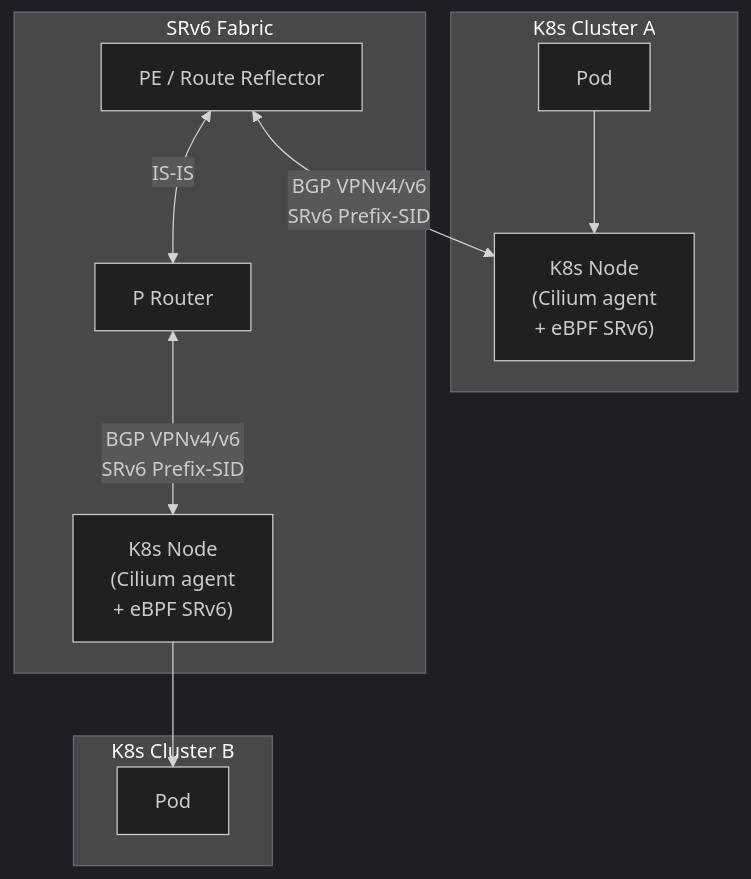
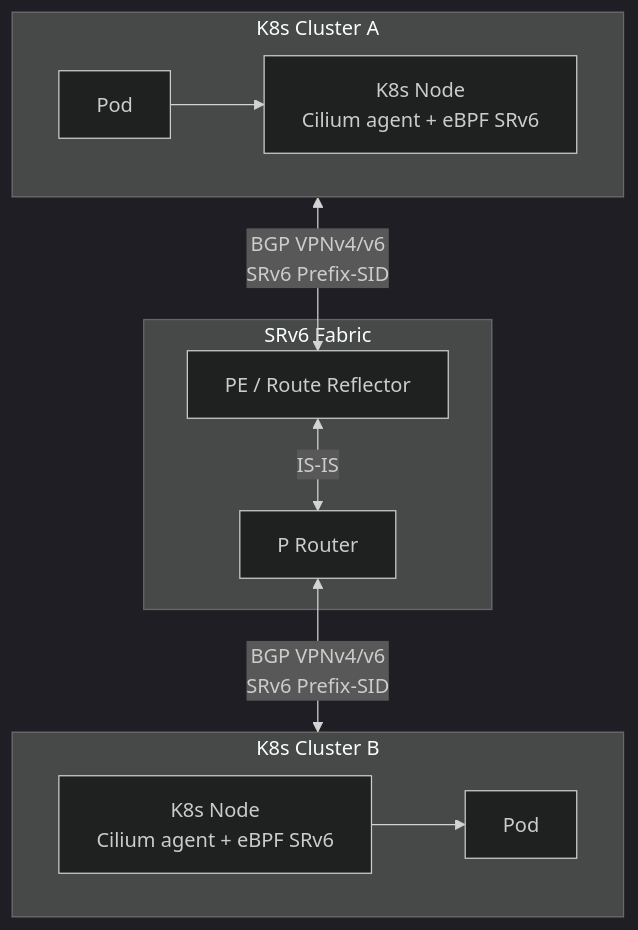
Before and after one commit to eldaninavas/srv6.md: the diagram in docs/implementations/cilium.md, drawn with Mermaid (dark theme). The commit also changed 2 other files, not shown here.

Commit message:
fix(cilium): put each K8s node in its own cluster; convert the diagram
The Cilium diagram placed Cluster B's node inside the SRv6 Fabric: N2 was
first mentioned there, and Mermaid puts a node in the first subgraph that
names it. Each node is now declared in its cluster, and the BGP sessions
attach to the clusters, so each cluster lays out on its own (pod -> node)
with the fabric between them. Same edges and labels as before.

With that, every Mermaid diagram on the site is converted; the exclude list
in diagrams.json is empty.

````diff
--- a/docs/implementations/cilium.md
+++ b/docs/implementations/cilium.md
@@ -33,14 +33,14 @@
 ```mermaid
 graph TB
-    subgraph K8s Cluster A
-        P1[Pod] --> N1["K8s Node\n(Cilium agent\n+ eBPF SRv6)"]
+    subgraph clusterA[K8s Cluster A]
+        P1[Pod] --> N1["K8s Node<br/>Cilium agent + eBPF SRv6"]
     end
-    subgraph SRv6 Fabric
-        R1[PE / Route Reflector] <-->|"BGP VPNv4/v6\nSRv6 Prefix-SID"| N1
-        R1 <-->|"IS-IS"| R2[P Router]
-        R2 <-->|"BGP VPNv4/v6\nSRv6 Prefix-SID"| N2
+    subgraph fabric[SRv6 Fabric]
+        R1[PE / Route Reflector] <-->|IS-IS| R2[P Router]
     end
-    subgraph K8s Cluster B
-        N2["K8s Node\n(Cilium agent\n+ eBPF SRv6)"] --> P2[Pod]
+    subgraph clusterB[K8s Cluster B]
+        N2["K8s Node<br/>Cilium agent + eBPF SRv6"] --> P2[Pod]
     end
+    clusterA <-->|"BGP VPNv4/v6<br/>SRv6 Prefix-SID"| R1
+    R2 <-->|"BGP VPNv4/v6<br/>SRv6 Prefix-SID"| clusterB
 ```
````
